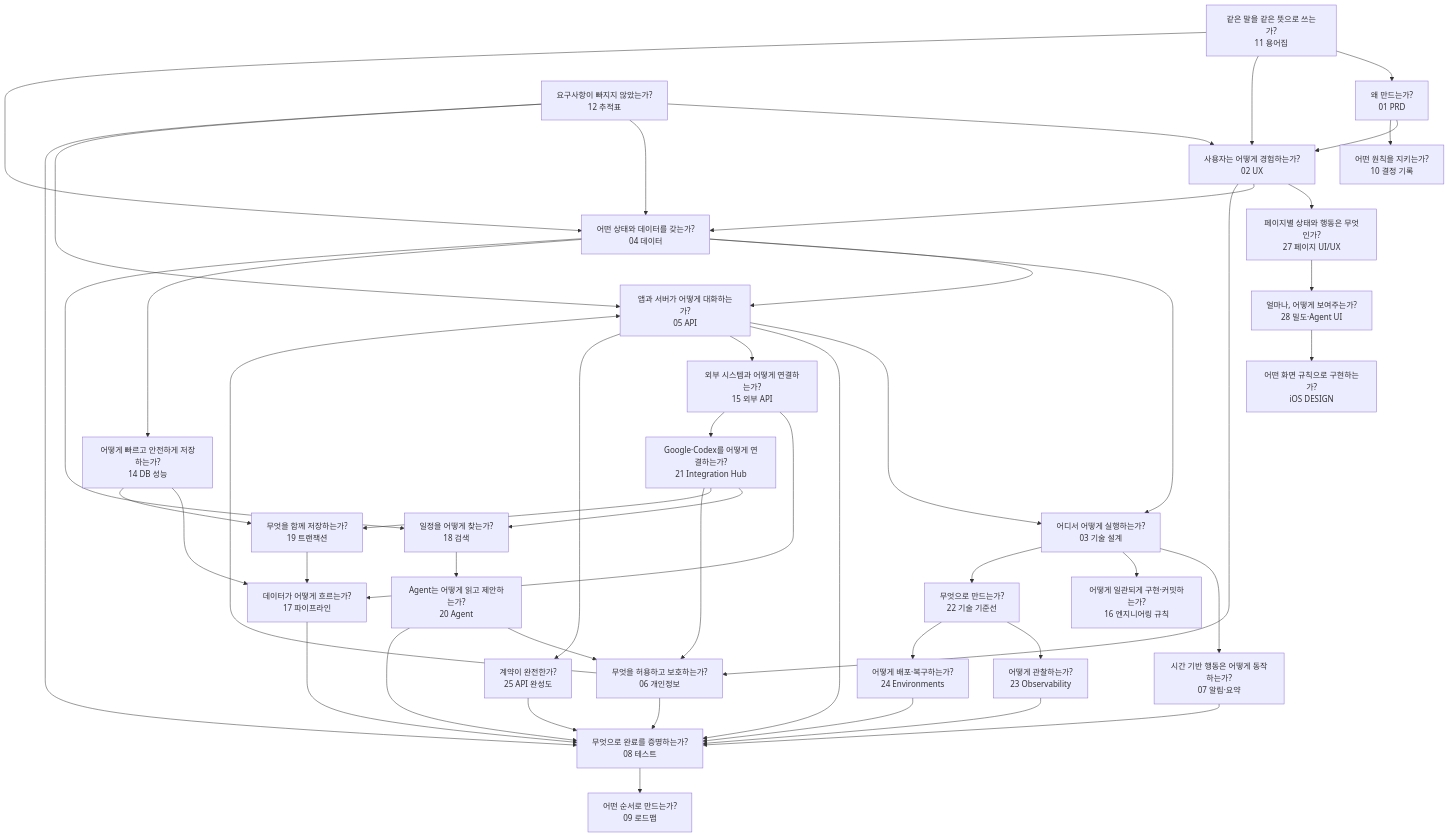
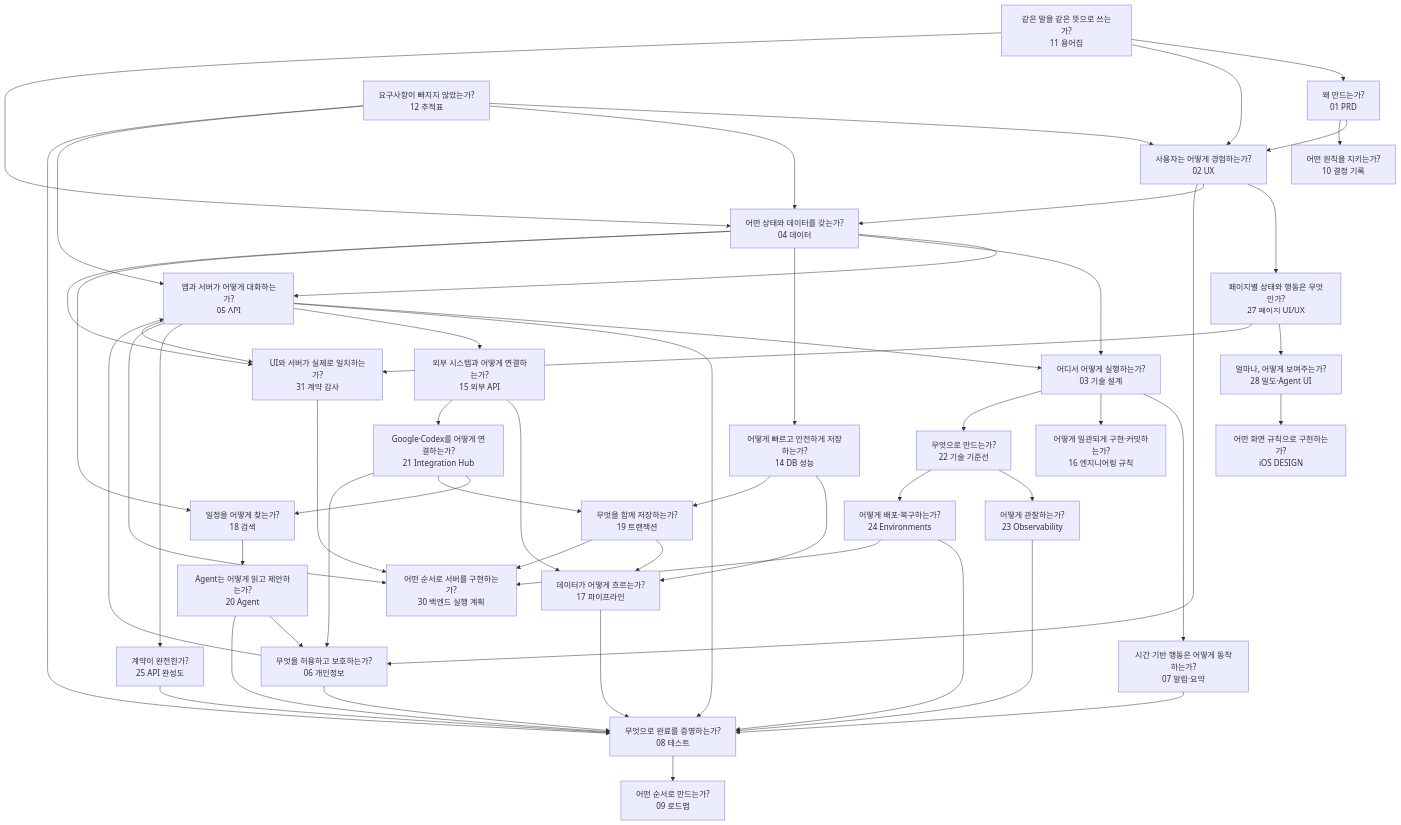
The diagram in docs/00-product-brain-map.md (leebeanbin/memdo), drawn with Mermaid before and after one commit. The commit also changed other lines of this file and 21 other files, not shown here.

Commit message:
docs: align product contracts with backend

````diff
--- a/docs/00-product-brain-map.md
+++ b/docs/00-product-brain-map.md
@@ -7,49 +7,56 @@
 ```mermaid
 flowchart TD
     V["왜 만드는가?<br/>01 PRD"] --> UX["사용자는 어떻게 경험하는가?<br/>02 UX"]
     UX --> PAGEUI["페이지별 상태와 행동은 무엇인가?<br/>27 페이지 UI/UX"]
     PAGEUI --> DENSITY["얼마나, 어떻게 보여주는가?<br/>28 밀도·Agent UI"]
     DENSITY --> UI["어떤 화면 규칙으로 구현하는가?<br/>iOS DESIGN"]
     V --> DEC["어떤 원칙을 지키는가?<br/>10 결정 기록"]
     UX --> DATA["어떤 상태와 데이터를 갖는가?<br/>04 데이터"]
     UX --> POLICY["무엇을 허용하고 보호하는가?<br/>06 개인정보"]
     DATA --> API["앱과 서버가 어떻게 대화하는가?<br/>05 API"]
     POLICY --> API
     API --> ARCH["어디서 어떻게 실행하는가?<br/>03 기술 설계"]
     DATA --> ARCH
     ARCH --> NOTI["시간 기반 행동은 어떻게 동작하는가?<br/>07 알림·요약"]
     NOTI --> TEST["무엇으로 완료를 증명하는가?<br/>08 테스트"]
     API --> TEST
     POLICY --> TEST
     TEST --> ROAD["어떤 순서로 만드는가?<br/>09 로드맵"]
     DATA --> DBPERF["어떻게 빠르고 안전하게 저장하는가?<br/>14 DB 성능"]
     API --> EXT["외부 시스템과 어떻게 연결하는가?<br/>15 외부 API"]
     DBPERF --> PIPE["데이터가 어떻게 흐르는가?<br/>17 파이프라인"]
     EXT --> PIPE
     ARCH --> ENG["어떻게 일관되게 구현·커밋하는가?<br/>16 엔지니어링 규칙"]
     PIPE --> TEST
     DATA --> SEARCH["일정을 어떻게 찾는가?<br/>18 검색"]
     SEARCH --> AGENT["Agent는 어떻게 읽고 제안하는가?<br/>20 Agent"]
     DBPERF --> TX["무엇을 함께 저장하는가?<br/>19 트랜잭션"]
     TX --> PIPE
     AGENT --> POLICY
     AGENT --> TEST
     EXT --> HUB["Google·Codex를 어떻게 연결하는가?<br/>21 Integration Hub"]
     HUB --> SEARCH
     HUB --> TX
     HUB --> POLICY
     ARCH --> STACK["무엇으로 만드는가?<br/>22 기술 기준선"]
     STACK --> OBS["어떻게 관찰하는가?<br/>23 Observability"]
     STACK --> DEPLOY["어떻게 배포·복구하는가?<br/>24 Environments"]
     API --> COMPLETE["계약이 완전한가?<br/>25 API 완성도"]
     COMPLETE --> TEST
     OBS --> TEST
     DEPLOY --> TEST
+    DEPLOY --> BACKEND["어떤 순서로 서버를 구현하는가?<br/>30 백엔드 실행 계획"]
+    API --> BACKEND
+    TX --> BACKEND
+    PAGEUI --> ALIGN["UI와 서버가 실제로 일치하는가?<br/>31 계약 감사"]
+    API --> ALIGN
+    DATA --> ALIGN
+    ALIGN --> BACKEND
     TRACE["요구사항이 빠지지 않았는가?<br/>12 추적표"] --> UX
     TRACE --> DATA
     TRACE --> API
     TRACE --> TEST
     GLOSS["같은 말을 같은 뜻으로 쓰는가?<br/>11 용어집"] --> V
     GLOSS --> UX
     GLOSS --> DATA
 ```
````
